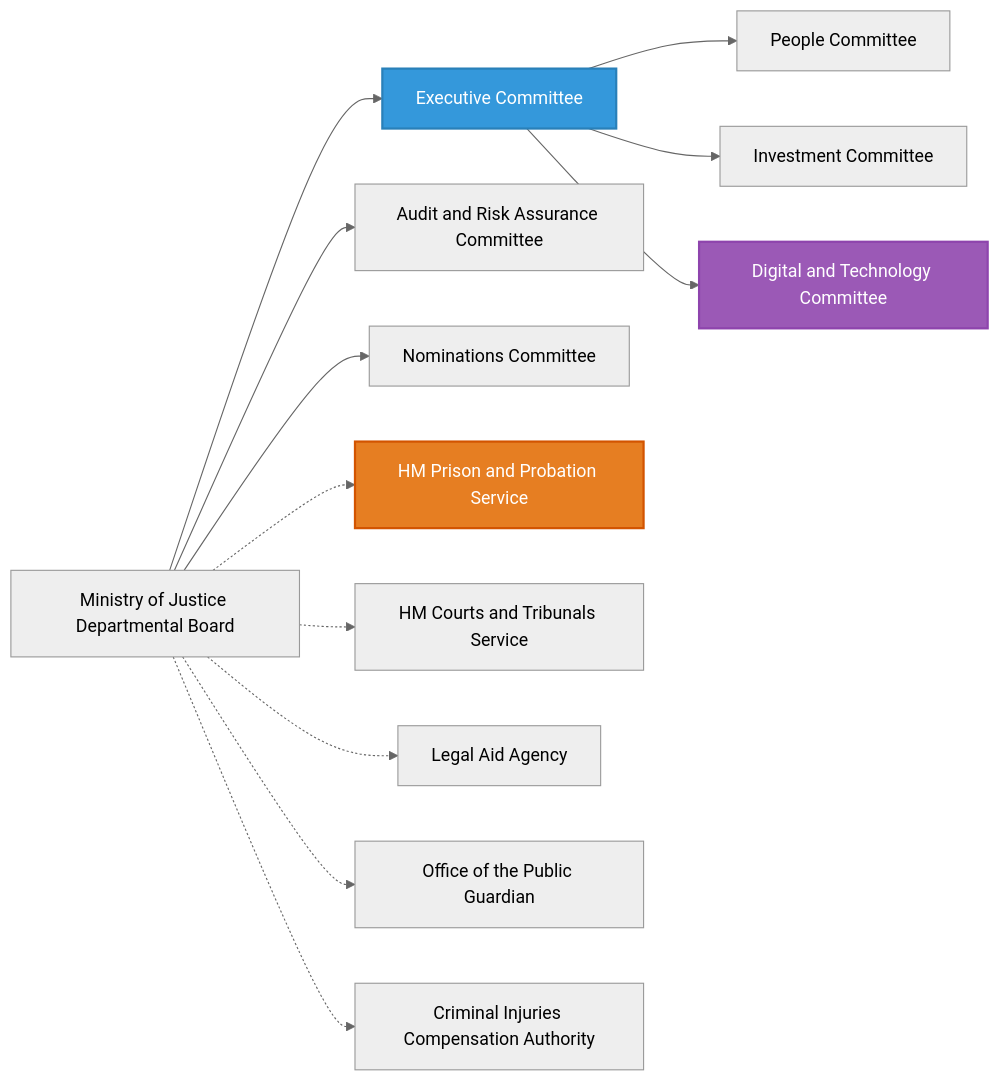
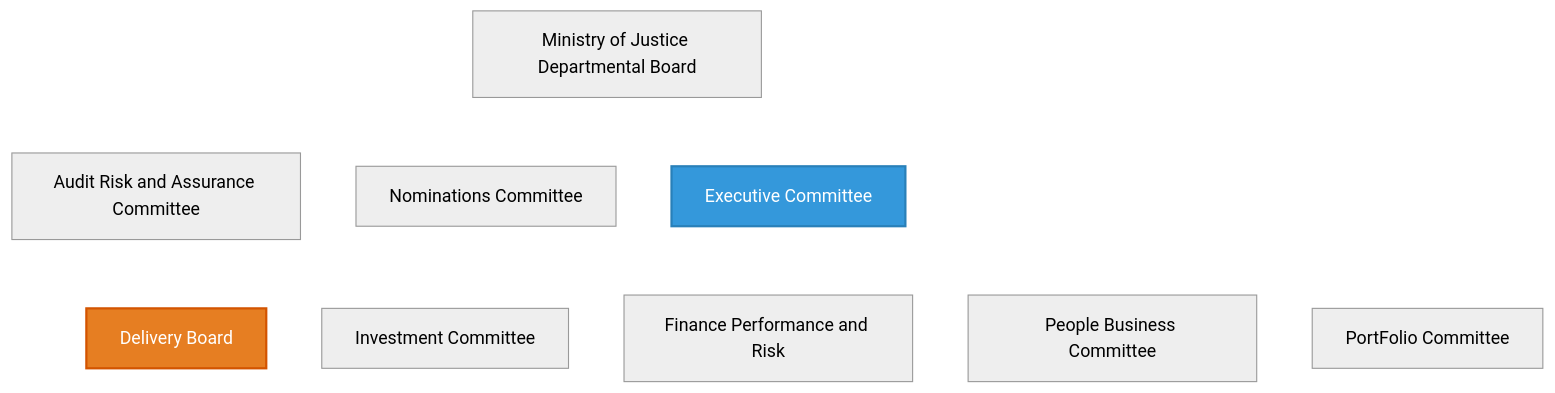
Before and after one commit to robertsweetman/data-strategy-presentation: the diagram in src/slide_1.md, drawn with Mermaid (neutral theme). The commit also changed other lines of this file, not shown here.

Commit message:
add references and quotes

````diff
--- a/src/slide_1.md
+++ b/src/slide_1.md
@@ -3,24 +3,27 @@
 ```mermaid
-flowchart LR;
-    DB["Ministry of Justice Departmental Board"];
+flowchart TD;
+    MOJDB["Ministry of Justice Departmental Board"];
+    ARAC["Audit Risk and Assurance Committee"];
+    NC["Nominations Committee"];
     EC["Executive Committee"];
-    ARAC["Audit and Risk Assurance Committee"];
-    NC["Nominations Committee"];
-    PC["People Committee"];
+    DB["Delivery Board"];
     IC["Investment Committee"];
-    DTC["Digital and Technology Committee"];
+    FPR["Finance Performance and Risk"];
+    PBR["People Business Committee"];
+    PC["PortFolio Committee"];
     
-    HMPPS["HM Prison and Probation Service"];
-    HMCTS["HM Courts and Tribunals Service"];
-    LAA["Legal Aid Agency"];
-    OPG["Office of the Public Guardian"];
-    CICA["Criminal Injuries Compensation Authority"];
+    %% HMPPS["HM Prison and Probation Service"];
+    %% HMCTS["HM Courts and Tribunals Service"];
+    %% LAA["Legal Aid Agency"];
+    %% OPG["Office of the Public Guardian"];
+    %% CICA["Criminal Injuries Compensation Authority"];
     
-    DB --> EC & ARAC & NC;
-    EC --> PC & IC & DTC;
-    DB -.-> HMPPS & HMCTS & LAA & OPG & CICA;
+    MOJDB --> ARAC & NC & EC;
+    EC --> DB & IC & FPR & PBR & PC;
+    MOJDB -.-> PC;
 
     style EC fill:#3498db,stroke:#2980b9,color:white,stroke-width:2px
-    style HMPPS fill:#e67e22,stroke:#d35400,color:white,stroke-width:2px
-    style DTC fill:#9b59b6,stroke:#8e44ad,color:white,stroke-width:2px
+    style DB fill:#e67e22,stroke:#d35400,color:white,stroke-width:2px
+    %% style DTC fill:#9b59b6,stroke:#8e44ad,color:white,stroke-width:2px
+    linkStyle 0,1,2,3,4,5,6,7,8 stroke:#ffffff,stroke-width:2px
 ```
````
